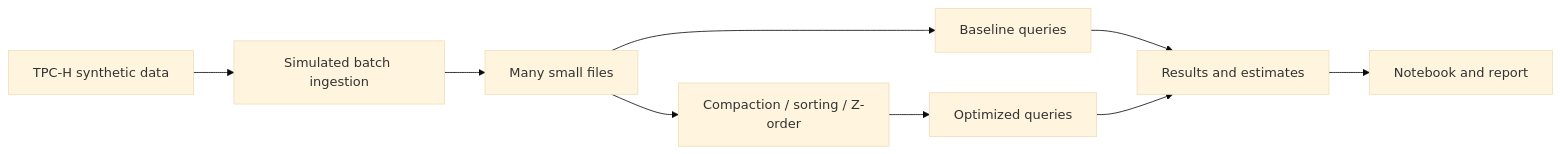
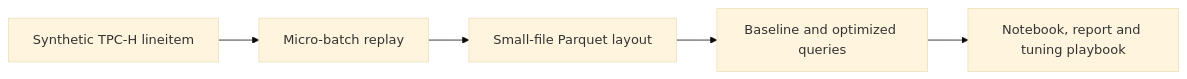
The diagram in README.md (Akash-338/BDSRE-Mini-Project), drawn with Mermaid (base theme) before and after one commit. The commit also changed other lines of this file, not shown here.

Commit message:
fix: resolve README conflict markers and clarify ingestion

````diff
--- a/README.md
+++ b/README.md
@@ -11,11 +11,7 @@
 ```mermaid
 flowchart LR
-    A[TPC-H synthetic data] --> B[Simulated batch ingestion]
-    B --> C[Many small files]
-    C --> D[Baseline queries]
-    C --> E[Compaction / sorting / Z-order]
-    E --> F[Optimized queries]
-    D --> G[Results and estimates]
-    F --> G
-    G --> H[Notebook and report]
+    A[Synthetic TPC-H lineitem] --> B[Micro-batch replay]
+    B --> C[Small-file Parquet layout]
+    C --> D[Baseline and optimized queries]
+    D --> E[Notebook, report and tuning playbook]
 ```
````
